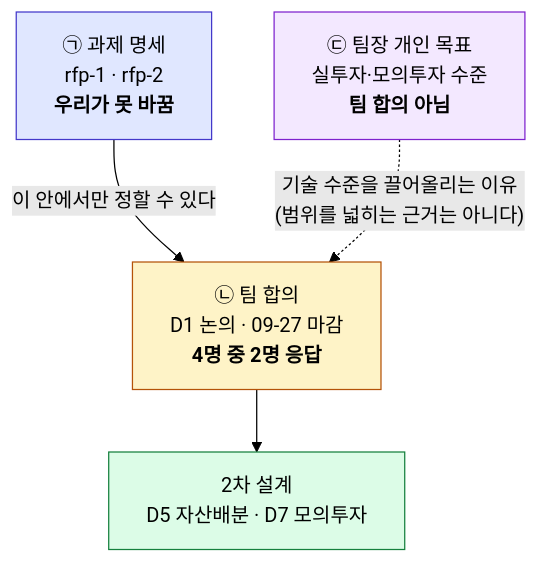
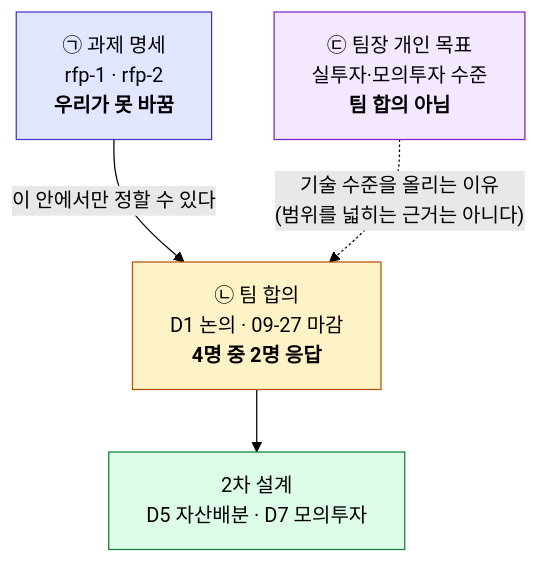
Before and after one commit to EST-team-project/Qurious: the first of 2 diagrams in docs/계획서/프로젝트계획서_v1.0.md, drawn with Mermaid (forest theme). The commit also changed other lines of this file and 4 other files, not shown here.

````diff
--- a/docs/계획서/프로젝트계획서_v1.0.md
+++ b/docs/계획서/프로젝트계획서_v1.0.md
@@ -43,13 +87,13 @@
 ```mermaid
 flowchart TB
     A["㉠ 과제 명세<br/>rfp-1 · rfp-2<br/><b>우리가 못 바꿈</b>"]
     B["㉡ 팀 합의<br/>D1 논의 · 09-27 마감<br/><b>4명 중 2명 응답</b>"]
     C["㉢ 팀장 개인 목표<br/>실투자·모의투자 수준<br/><b>팀 합의 아님</b>"]
     A -->|"이 안에서만 정할 수 있다"| B
-    C -.->|"기술 수준을 끌어올리는 이유<br/>(범위를 넓히는 근거는 아니다)"| B
+    C -.->|"기술 수준을 올리는 이유<br/>(범위를 넓히는 근거는 아니다)"| B
     B --> D["2차 설계<br/>D5 자산배분 · D7 모의투자"]
     style A fill:#e0e7ff,stroke:#4338ca
     style B fill:#fef3c7,stroke:#b45309
     style C fill:#f3e8ff,stroke:#7e22ce
     style D fill:#dcfce7,stroke:#15803d
 ```
````
